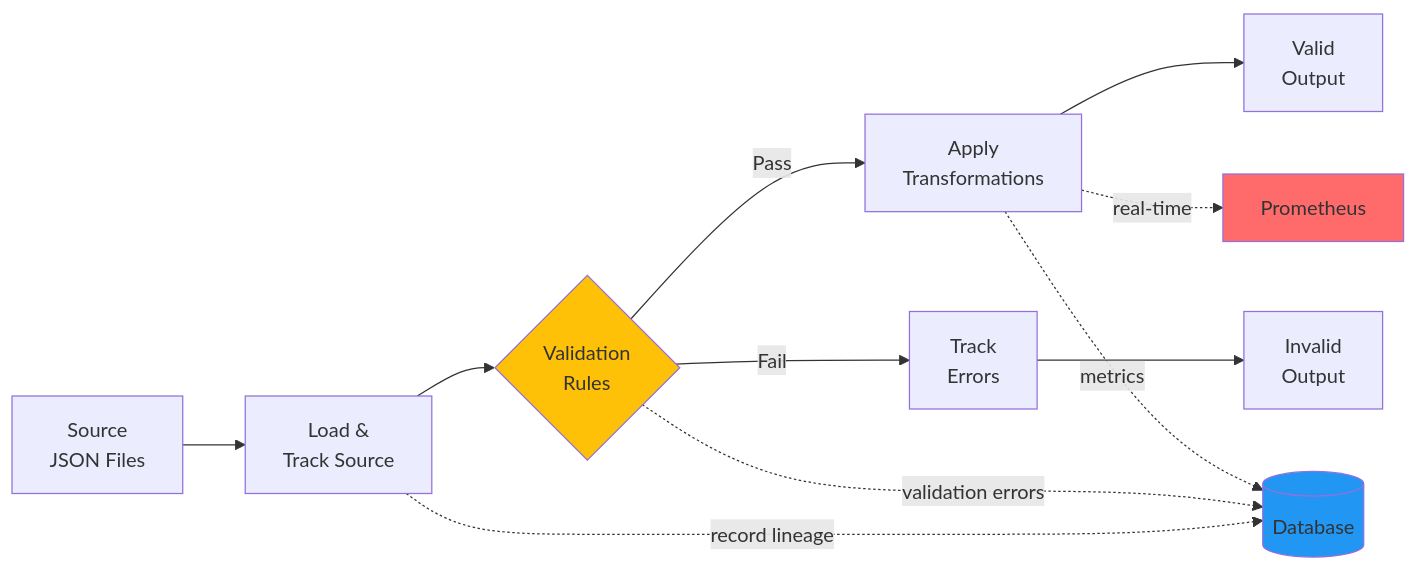
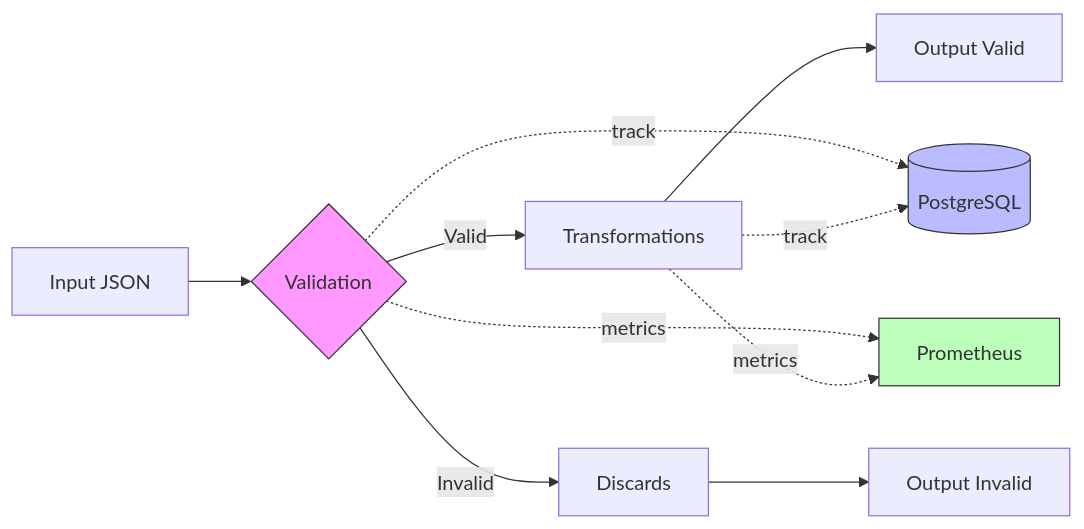
The second of 3 diagrams in README.md (jsaenz-esquivel/data-test), drawn with Mermaid before and after one commit. The commit also changed other lines of this file and 17 other files, not shown here.

````diff
--- a/README.md
+++ b/README.md
@@ -65,20 +121,17 @@
 ```mermaid
-flowchart LR
-    SOURCE[Source<br/>JSON Files] --> LOAD[Load &<br/>Track Source]
-    LOAD --> VALIDATE{Validation<br/>Rules}
+graph LR
+    A[Input JSON] --> B{Validation}
+    B -->|Valid| C[Transformations]
+    B -->|Invalid| D[Discards]
+    C --> E[Output Valid]
+    D --> F[Output Invalid]
     
-    VALIDATE -->|Pass| TRANSFORM[Apply<br/>Transformations]
-    VALIDATE -->|Fail| TRACK_ERR[Track<br/>Errors]
+    B -.->|track| G[(PostgreSQL)]
+    C -.->|track| G
+    B -.->|metrics| H[Prometheus]
+    C -.->|metrics| H
     
-    TRANSFORM --> OUTPUT_VALID[Valid<br/>Output]
-    TRACK_ERR --> OUTPUT_INVALID[Invalid<br/>Output]
-    
-    LOAD -.->|record lineage| DB[(Database)]
-    VALIDATE -.->|validation errors| DB
-    TRANSFORM -.->|metrics| DB
-    TRANSFORM -.->|real-time| METRICS[Prometheus]
-
-    style VALIDATE fill:#FFC107
-    style DB fill:#2196F3
-    style METRICS fill:#FF6B6B
+    style B fill:#f9f,stroke:#333
+    style G fill:#bbf,stroke:#333
+    style H fill:#bfb,stroke:#333
 ```
````
